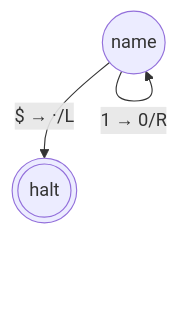
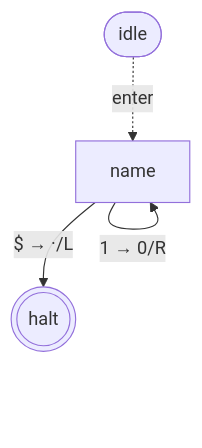
Before and after one commit to mellonis/turing-machine-js: the third of 8 diagrams in packages/machine/README.md, drawn with Mermaid. The commit also changed other lines of this file and 5 other files, not shown here.

````diff
--- a/packages/machine/README.md
+++ b/packages/machine/README.md
@@ -269,8 +271,10 @@
 ```mermaid
 flowchart TD
 %% alphabets: [[" ","0","1","$"]]
   s0(((halt)))
-  s1(("name"))
+  s1["name"]
+  idle([idle])
+  idle -. enter .-> s1
   s1 -- "1 → 0/R" --> s1
   s1 -- "$ → ·/L" --> s0
 ```
````
